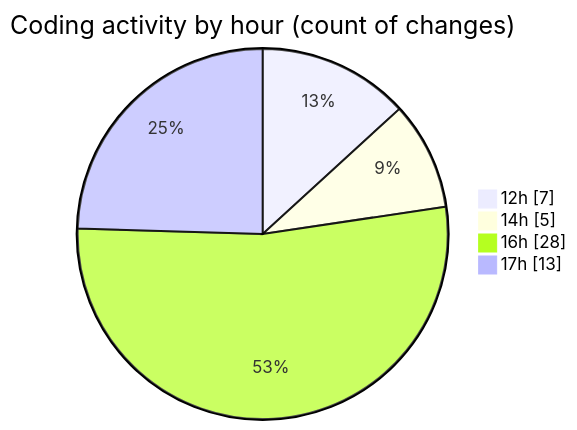
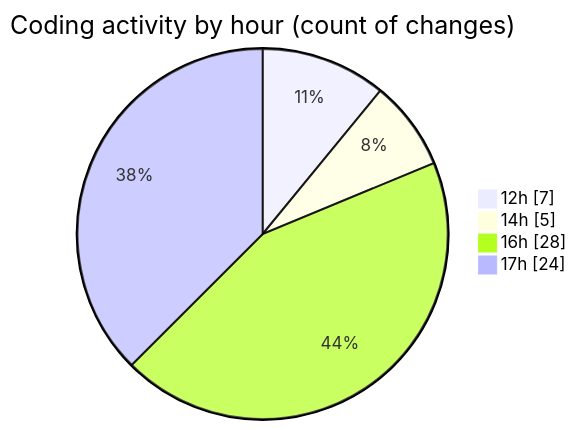
One commit to julien-gomy/code-tracking changed the second of 2 diagrams in 2025-10-06/eventscop-frontend-guide__workspace_/README.md. Above: the diagram before and after it, drawn with Mermaid. The commit also changed other lines of this file and 1 other file, not shown here.

````diff
--- a/2025-10-06/eventscop-frontend-guide__workspace_/README.md
+++ b/2025-10-06/eventscop-frontend-guide__workspace_/README.md
@@ -55,8 +58,8 @@
 ```mermaid
 pie showData
 title Coding activity by hour (count of changes)
 "12h" : 7
 "14h" : 5
 "16h" : 28
-"17h" : 13
+"17h" : 24
 ```
````
